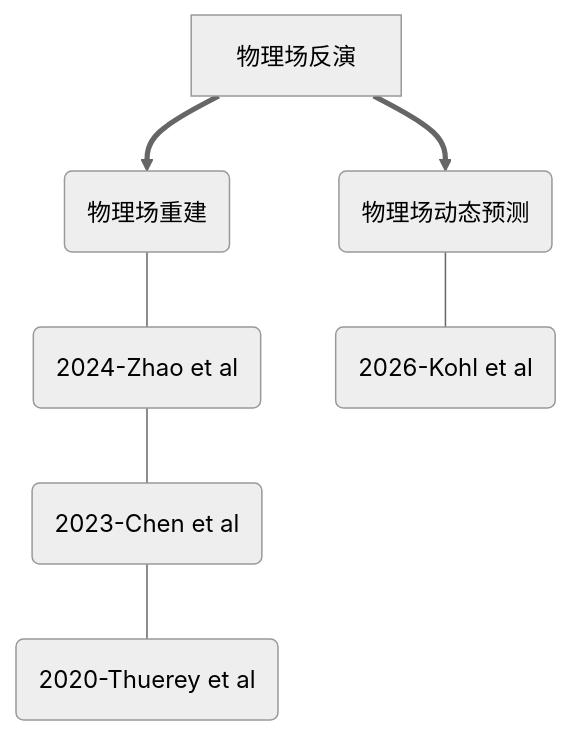
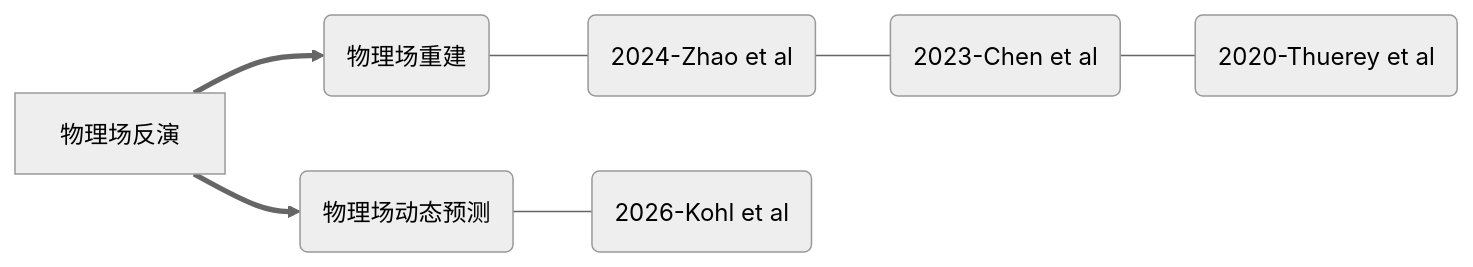
The diagram in README.md (EMLS-ICTCAS/ZKHC-Physics-Informed), drawn with Mermaid (neutral theme) before and after one commit.

Commit message:
修改文档结构图

````diff
--- a/README.md
+++ b/README.md
@@ -7,13 +7,13 @@
 ```mermaid
-graph TD
+graph LR
 A[物理场反演]==>B(物理场重建)
 A[物理场反演]==>C(物理场动态预测)
 B---D(2024-Zhao et al)---E(2023-Chen et al)---F(2020-Thuerey et al)
 C---DD(2026-Kohl et al)
 click B "#物理场重建"
 click C "#物理场动态预测"
 click D "##一 RecFNO A resolution-invariant flow and heat field reconstruction method from sparse observations via Fourier neural operator"
 click E "##二 A machine learning surrogate modeling benchmark for temperature field reconstruction of heat source systems"
 click F "##三 Deep Learning Methods for Reynolds-Averaged Navier-Stokes Simulations of Airfoil Flows"
 click DD "##一 Benchmarking autoregressive conditional diffusion models for turbulent flow simulation"
 ```
````
